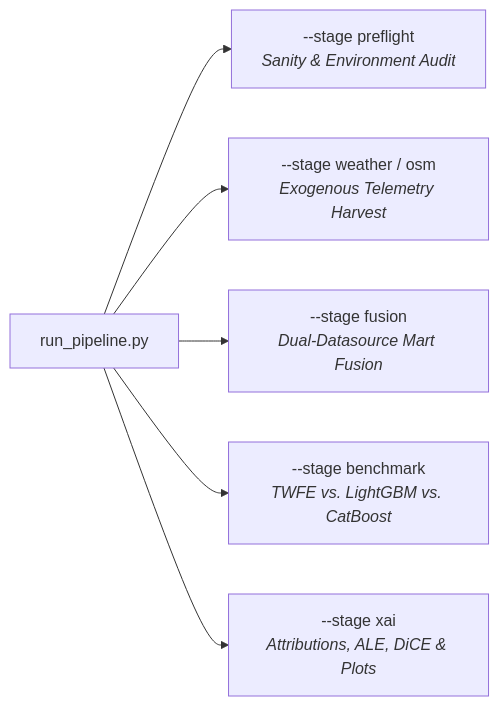
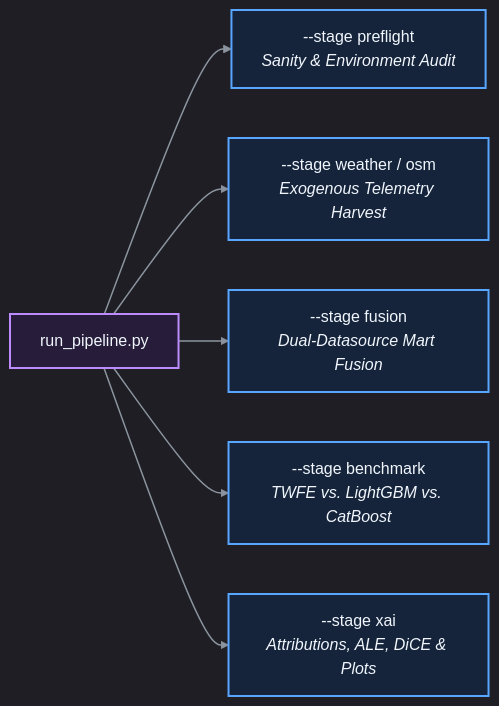
Before and after one commit to giangh14cqt/warsaw-public-transport-monitor: the second of 2 diagrams in architect/data_processing/README.md, drawn with Mermaid. The commit also changed other lines of this file and 9 other files, not shown here.

First line of the commit message:
style(architect): optimize all Mermaid diagrams for GitHub dark theme readability

````diff
--- a/architect/data_processing/README.md
+++ b/architect/data_processing/README.md
@@ -107,8 +133,28 @@
 ```mermaid
+%%{init: {
+  'theme': 'dark',
+  'themeVariables': {
+    'darkMode': true,
+    'background': '#0d1117',
+    'mainBkg': '#161b22',
+    'primaryColor': '#16243b',
+    'primaryTextColor': '#f0f6fc',
+    'primaryBorderColor': '#58a6ff',
+    'lineColor': '#8b949e'
+  }
+}}%%
 graph LR
     CLI["run_pipeline.py"] --> S_Pre["--stage preflight<br/><i>Sanity & Environment Audit</i>"]
     CLI --> S_Exo["--stage weather / osm<br/><i>Exogenous Telemetry Harvest</i>"]
     CLI --> S_Fus["--stage fusion<br/><i>Dual-Datasource Mart Fusion</i>"]
     CLI --> S_Bmk["--stage benchmark<br/><i>TWFE vs. LightGBM vs. CatBoost</i>"]
     CLI --> S_Xai["--stage xai<br/><i>Attributions, ALE, DiCE & Plots</i>"]
+
+    classDef cliNode fill:#271d3b,stroke:#bc8cff,stroke-width:2px,color:#f0f6fc;
+    classDef stageNode fill:#16243b,stroke:#58a6ff,stroke-width:2px,color:#f0f6fc;
+
+    linkStyle default stroke:#8b949e,stroke-width:1.5px;
+
+    class CLI cliNode;
+    class S_Pre,S_Exo,S_Fus,S_Bmk,S_Xai stageNode;
 ```
````
